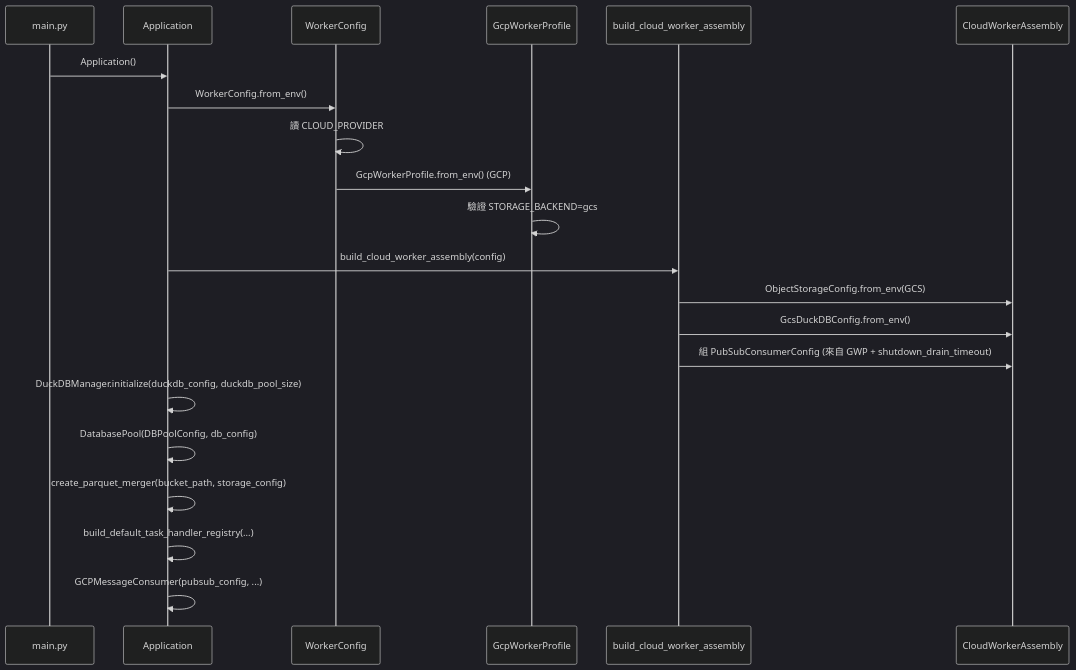
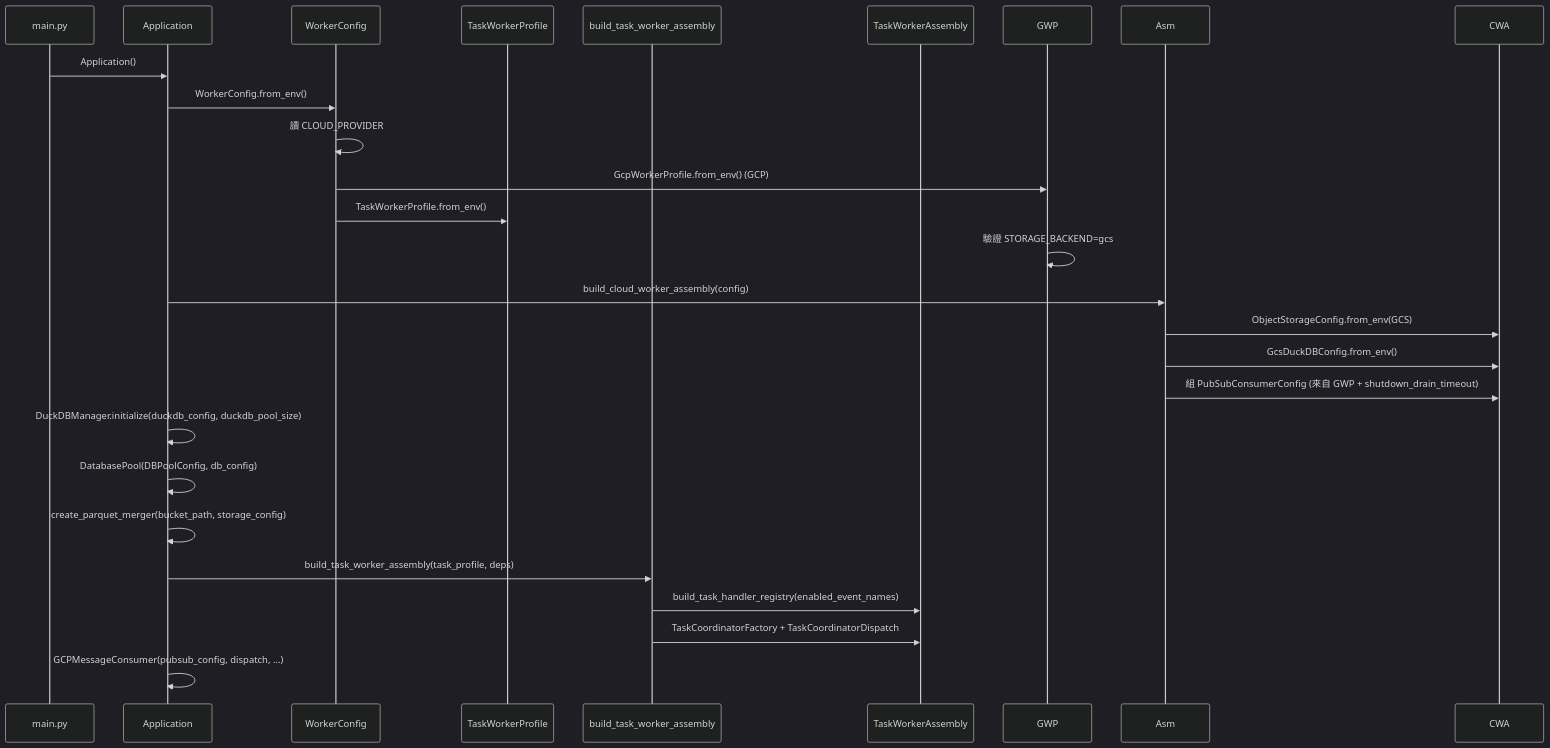
Before and after one commit to RoyceAzure/stock-ana-atsk-worker: the third of 4 diagrams in docs/worker_config_assembly.md, drawn with Mermaid (dark theme). The commit also changed other lines of this file and 9 other files, not shown here.

Commit message:
[feat] Add task handling configuration and assembly; introduce TaskWorkerProfile and TaskWorkerAssembly for dynamic task management based on environment variables

````diff
--- a/docs/worker_config_assembly.md
+++ b/docs/worker_config_assembly.md
@@ -165,26 +198,31 @@
 ```mermaid
 sequenceDiagram
     participant Main as main.py
     participant App as Application
     participant WC as WorkerConfig
-    participant GWP as GcpWorkerProfile
-    participant Asm as build_cloud_worker_assembly
-    participant CWA as CloudWorkerAssembly
+    participant TWP as TaskWorkerProfile
+    participant TAsm as build_task_worker_assembly
+    participant TWA as TaskWorkerAssembly
 
     Main->>App: Application()
     App->>WC: WorkerConfig.from_env()
     WC->>WC: 讀 CLOUD_PROVIDER
     WC->>GWP: GcpWorkerProfile.from_env() (GCP)
+    WC->>TWP: TaskWorkerProfile.from_env()
     GWP->>GWP: 驗證 STORAGE_BACKEND=gcs
 
     App->>Asm: build_cloud_worker_assembly(config)
     Asm->>CWA: ObjectStorageConfig.from_env(GCS)
     Asm->>CWA: GcsDuckDBConfig.from_env()
     Asm->>CWA: 組 PubSubConsumerConfig (來自 GWP + shutdown_drain_timeout)
 
     App->>App: DuckDBManager.initialize(duckdb_config, duckdb_pool_size)
     App->>App: DatabasePool(DBPoolConfig, db_config)
     App->>App: create_parquet_merger(bucket_path, storage_config)
-    App->>App: build_default_task_handler_registry(...)
-    App->>App: GCPMessageConsumer(pubsub_config, ...)
+
+    App->>TAsm: build_task_worker_assembly(task_profile, deps)
+    TAsm->>TWA: build_task_handler_registry(enabled_event_names)
+    TAsm->>TWA: TaskCoordinatorFactory + TaskCoordinatorDispatch
+
+    App->>App: GCPMessageConsumer(pubsub_config, dispatch, ...)
 ```
````
